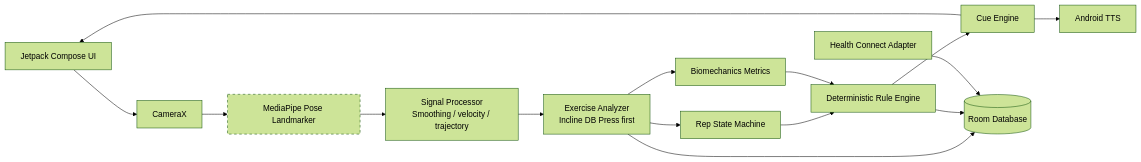
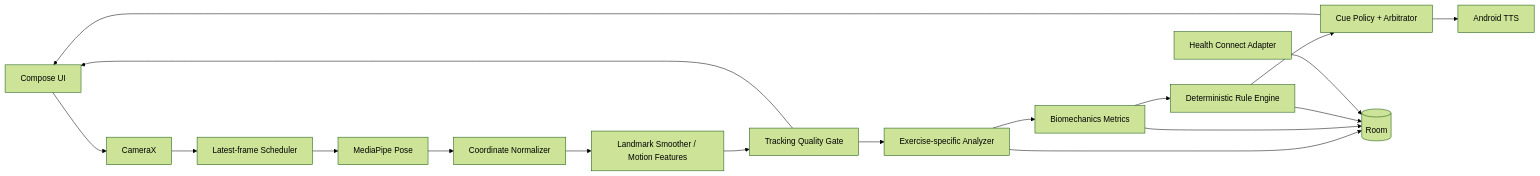
One commit to lazerta/gym-buddy changed the second of 7 diagrams in docs/uml/OVERVIEW.md. Above: the diagram before and after it, drawn with Mermaid (forest theme). The commit also changed other lines of this file, not shown here.

Commit message:
Upgrade rendered UML overview to v0.2

````diff
--- a/docs/uml/OVERVIEW.md
+++ b/docs/uml/OVERVIEW.md
@@ -26,20 +26,20 @@
 ```mermaid
 flowchart LR
-    UI[Jetpack Compose UI] --> CAM[CameraX]
-    CAM --> POSE[MediaPipe Pose Landmarker]
-    POSE --> SIG[Signal Processor\nSmoothing / velocity / trajectory]
-    SIG --> ANA[Exercise Analyzer\nIncline DB Press first]
-    ANA --> FSM[Rep State Machine]
+    UI[Compose UI] --> CAM[CameraX]
+    CAM --> FS[Latest-frame Scheduler]
+    FS --> POSE[MediaPipe Pose]
+    POSE --> NORM[Coordinate Normalizer]
+    NORM --> SIG[Landmark Smoother / Motion Features]
+    SIG --> QG[Tracking Quality Gate]
+    QG --> ANA[Exercise-specific Analyzer]
+    QG --> UI
     ANA --> MET[Biomechanics Metrics]
-    FSM --> RULES[Deterministic Rule Engine]
-    MET --> RULES
-    RULES --> CUE[Cue Engine]
+    MET --> RULES[Deterministic Rule Engine]
+    RULES --> CUE[Cue Policy + Arbitrator]
     CUE --> UI
     CUE --> TTS[Android TTS]
-    ANA --> DB[(Room Database)]
+    ANA --> DB[(Room)]
+    MET --> DB
     RULES --> DB
     HC[Health Connect Adapter] --> DB
-
-    POSE:::ml
-    classDef ml stroke-dasharray:5 5;
 ```
````
